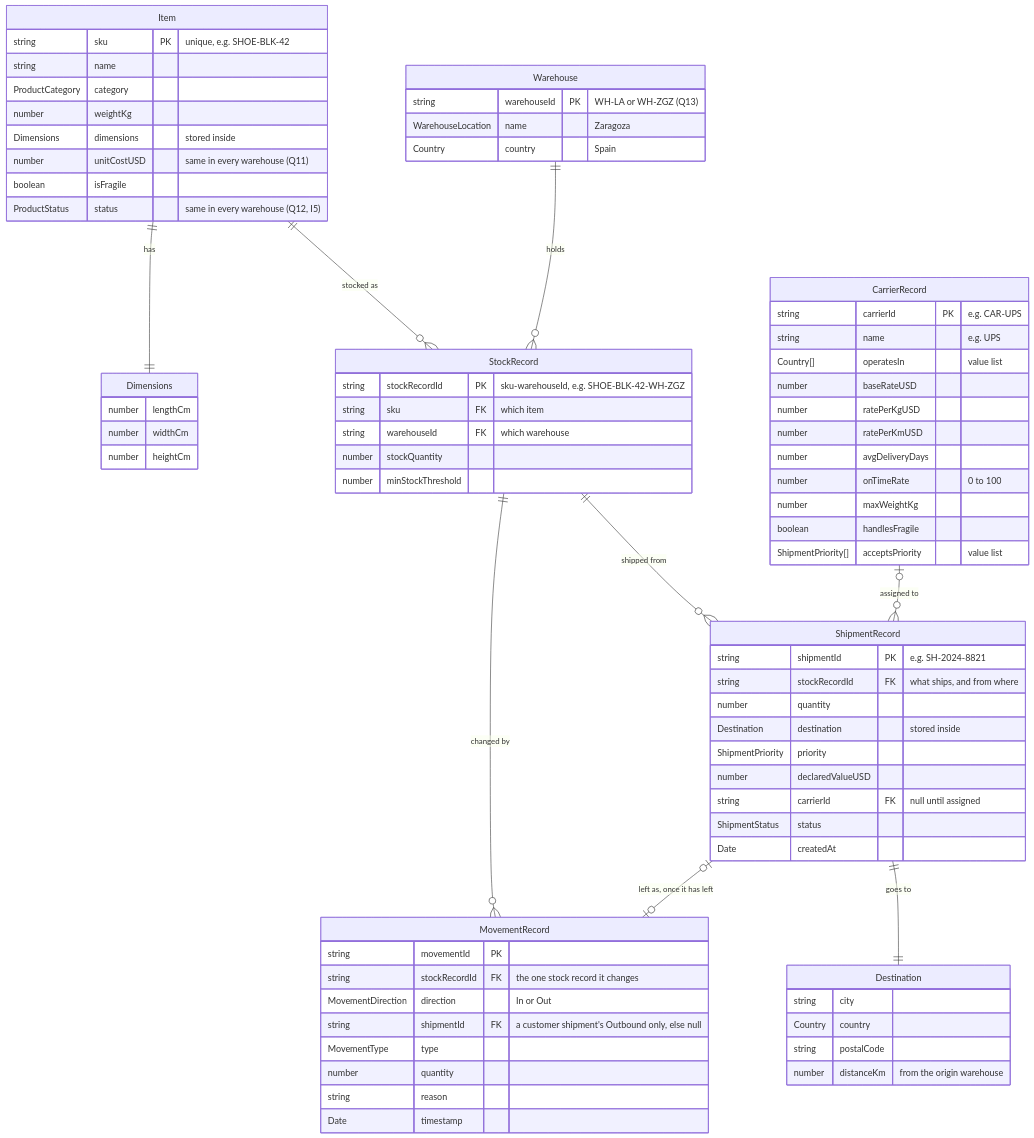
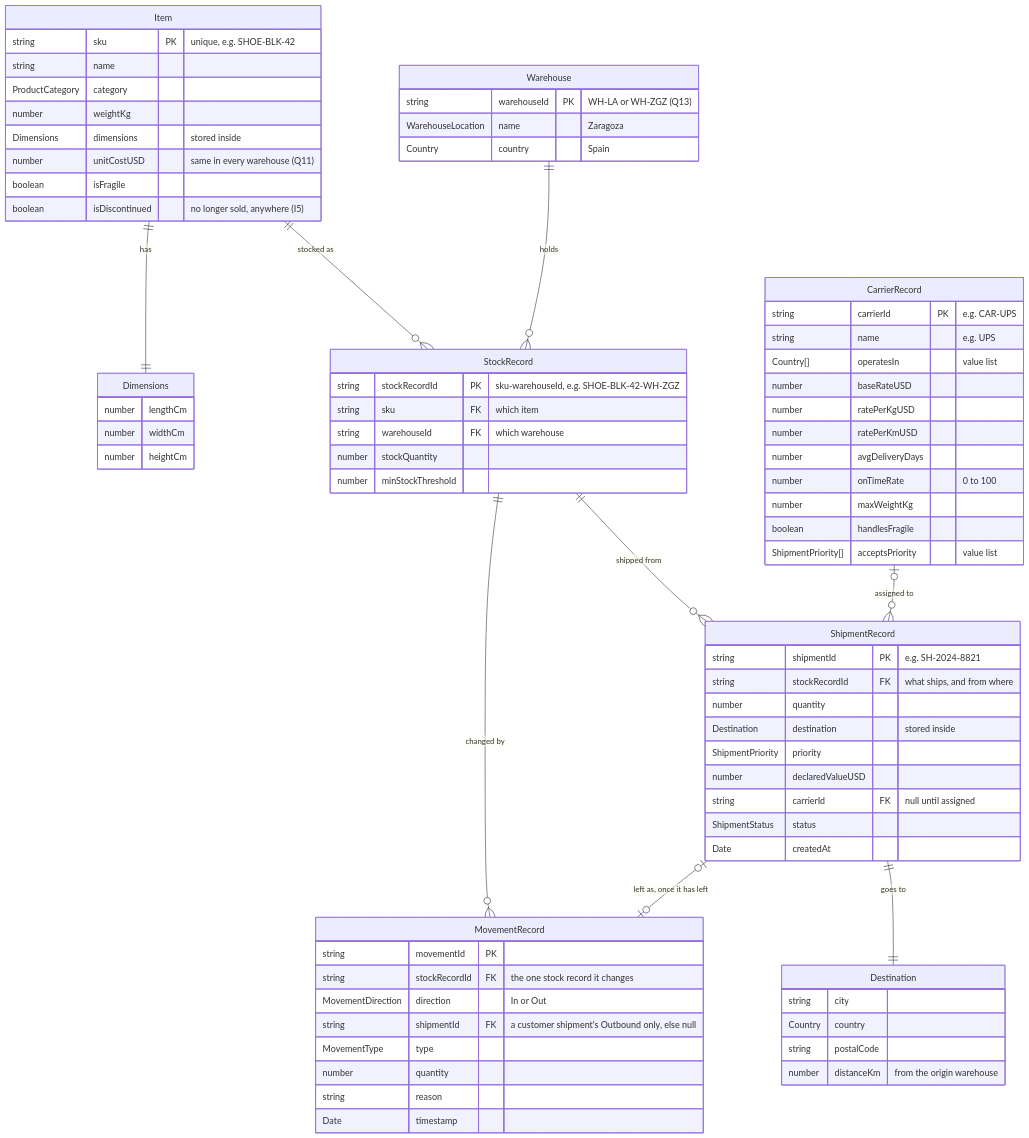
One commit to Sun-flow/TrackFlow-Company-Overhaul changed the diagram in packages/warehouse-logic/docs/erd.md. Above: the diagram before and after it, drawn with Mermaid. The commit also changed other lines of this file and 17 other files, not shown here.

First line of the commit message:
Build I5 as mae approved: an item stores isDiscontinued and each warehouse's status is worked out from its stock, with the three changed test files as drafts until they are promoted.

````diff
--- a/packages/warehouse-logic/docs/erd.md
+++ b/packages/warehouse-logic/docs/erd.md
@@ -10,79 +10,79 @@
 ```mermaid
 erDiagram
     Item {
         string sku PK "unique, e.g. SHOE-BLK-42"
         string name
         ProductCategory category
         number weightKg
         Dimensions dimensions "stored inside"
         number unitCostUSD "same in every warehouse (Q11)"
         boolean isFragile
-        ProductStatus status "same in every warehouse (Q12, I5)"
+        boolean isDiscontinued "no longer sold, anywhere (I5)"
     }
     Dimensions {
         number lengthCm
         number widthCm
         number heightCm
     }
     Warehouse {
         string warehouseId PK "WH-LA or WH-ZGZ (Q13)"
         WarehouseLocation name "Zaragoza"
         Country country "Spain"
     }
     StockRecord {
         string stockRecordId PK "sku-warehouseId, e.g. SHOE-BLK-42-WH-ZGZ"
         string sku FK "which item"
         string warehouseId FK "which warehouse"
         number stockQuantity
         number minStockThreshold
     }
     ShipmentRecord {
         string shipmentId PK "e.g. SH-2024-8821"
         string stockRecordId FK "what ships, and from where"
         number quantity
         Destination destination "stored inside"
         ShipmentPriority priority
         number declaredValueUSD
         string carrierId FK "null until assigned"
         ShipmentStatus status
         Date createdAt
     }
     Destination {
         string city
         Country country
         string postalCode
         number distanceKm "from the origin warehouse"
     }
     MovementRecord {
         string movementId PK
         string stockRecordId FK "the one stock record it changes"
         MovementDirection direction "In or Out"
         string shipmentId FK "a customer shipment's Outbound only, else null"
         MovementType type
         number quantity
         string reason
         Date timestamp
     }
     CarrierRecord {
         string carrierId PK "e.g. CAR-UPS"
         string name "e.g. UPS"
         Country[] operatesIn "value list"
         number baseRateUSD
         number ratePerKgUSD
         number ratePerKmUSD
         number avgDeliveryDays
         number onTimeRate "0 to 100"
         number maxWeightKg
         boolean handlesFragile
         ShipmentPriority[] acceptsPriority "value list"
     }
 
     Item ||--|| Dimensions : "has"
     Item ||--o{ StockRecord : "stocked as"
     Warehouse ||--o{ StockRecord : "holds"
     StockRecord ||--o{ ShipmentRecord : "shipped from"
     StockRecord ||--o{ MovementRecord : "changed by"
     ShipmentRecord |o--o| MovementRecord : "left as, once it has left"
     CarrierRecord |o--o{ ShipmentRecord : "assigned to"
     ShipmentRecord ||--|| Destination : "goes to"
 ```
````
